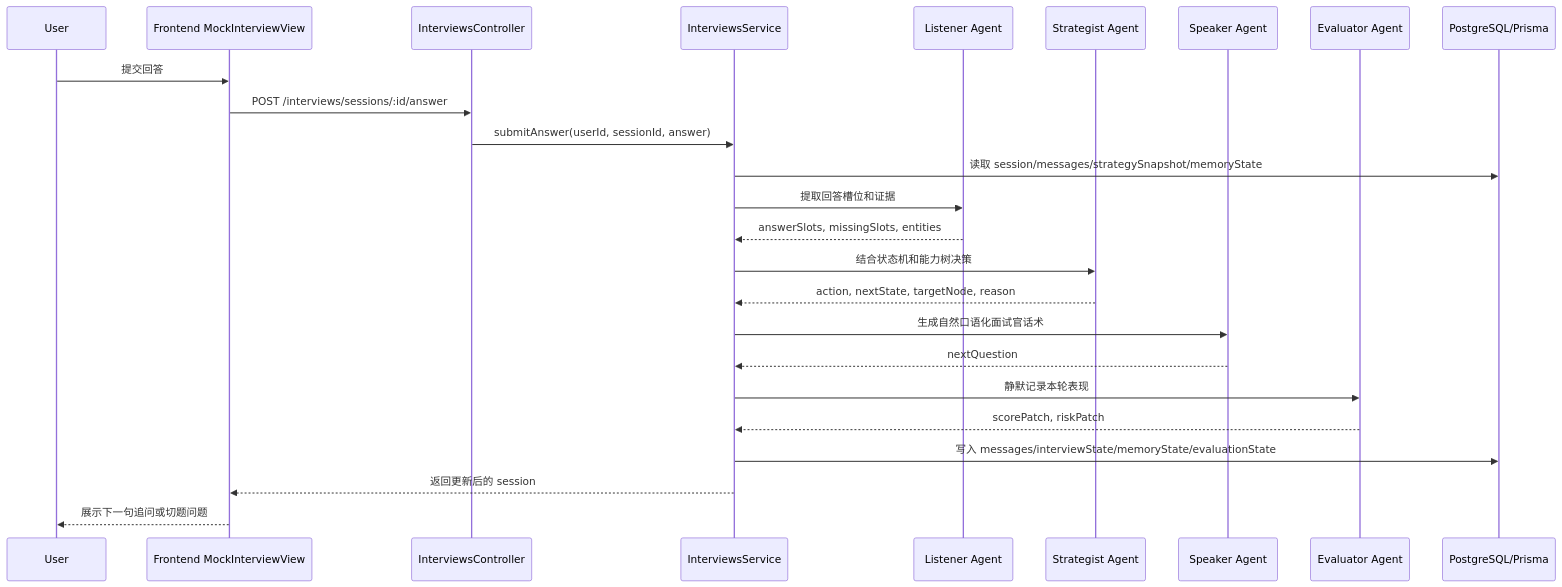
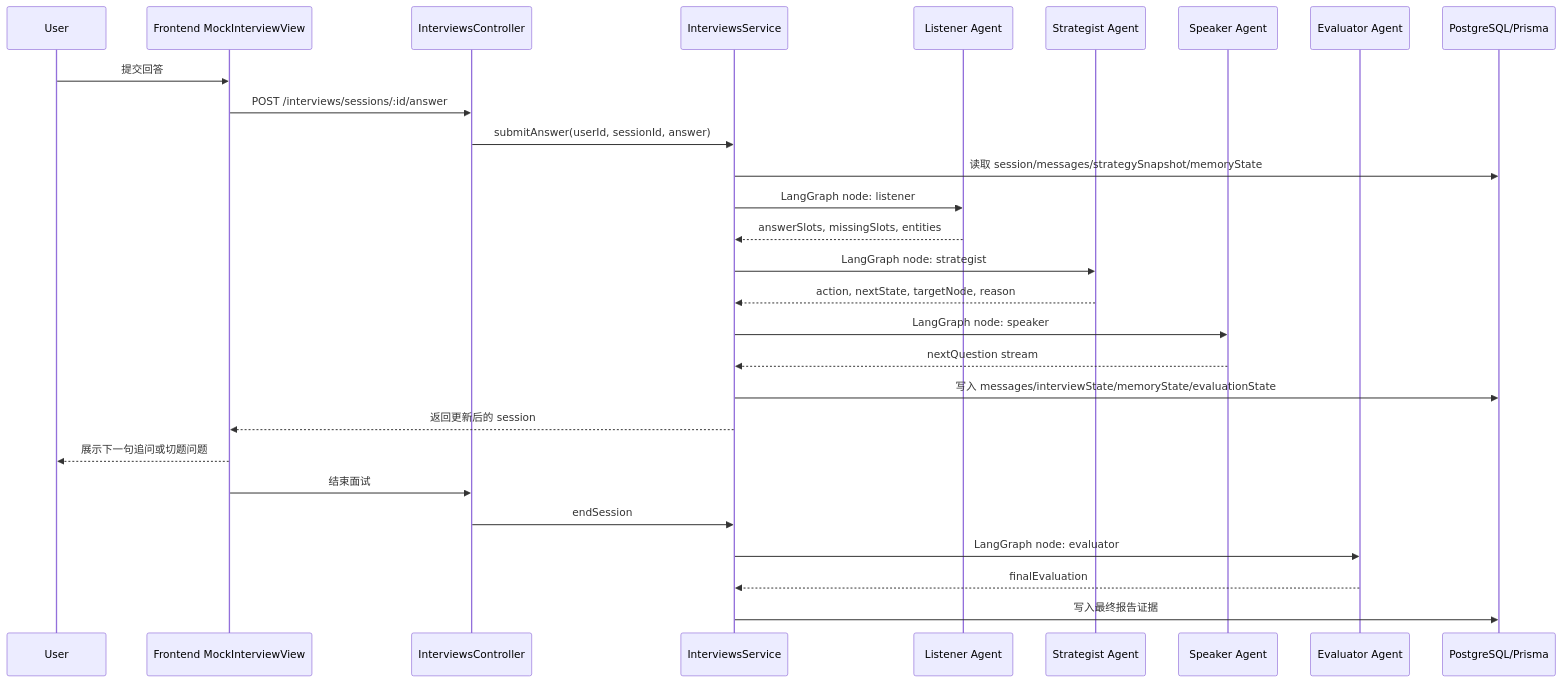
The third of 4 diagrams in ai-job-backend/docs/专业模拟面试模式落地方案.md (anoldfarmar/CareerInvestmentCopilot), drawn with Mermaid before and after one commit. The commit also changed other lines of this file and 28 other files, not shown here.

Commit message:
feat: implement professional interview graph flow

````diff
--- a/ai-job-backend/docs/专业模拟面试模式落地方案.md
+++ b/ai-job-backend/docs/专业模拟面试模式落地方案.md
@@ -101,28 +120,31 @@
 ```mermaid
 sequenceDiagram
   participant U as User
   participant FE as Frontend MockInterviewView
   participant API as InterviewsController
   participant SVC as InterviewsService
   participant L as Listener Agent
   participant ST as Strategist Agent
   participant SP as Speaker Agent
   participant EV as Evaluator Agent
   participant DB as PostgreSQL/Prisma
 
   U->>FE: 提交回答
   FE->>API: POST /interviews/sessions/:id/answer
   API->>SVC: submitAnswer(userId, sessionId, answer)
   SVC->>DB: 读取 session/messages/strategySnapshot/memoryState
-  SVC->>L: 提取回答槽位和证据
+  SVC->>L: LangGraph node: listener
   L-->>SVC: answerSlots, missingSlots, entities
-  SVC->>ST: 结合状态机和能力树决策
+  SVC->>ST: LangGraph node: strategist
   ST-->>SVC: action, nextState, targetNode, reason
-  SVC->>SP: 生成自然口语化面试官话术
-  SP-->>SVC: nextQuestion
-  SVC->>EV: 静默记录本轮表现
-  EV-->>SVC: scorePatch, riskPatch
+  SVC->>SP: LangGraph node: speaker
+  SP-->>SVC: nextQuestion stream
   SVC->>DB: 写入 messages/interviewState/memoryState/evaluationState
   SVC-->>FE: 返回更新后的 session
   FE-->>U: 展示下一句追问或切题问题
+  FE->>API: 结束面试
+  API->>SVC: endSession
+  SVC->>EV: LangGraph node: evaluator
+  EV-->>SVC: finalEvaluation
+  SVC->>DB: 写入最终报告证据
 ```
````
